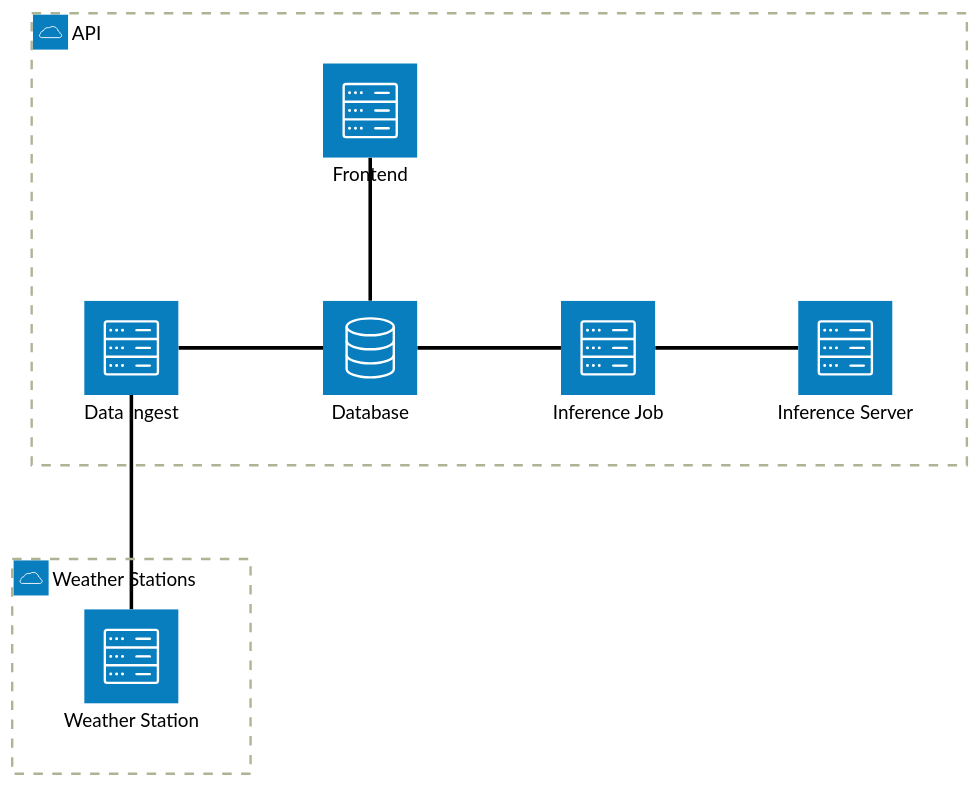
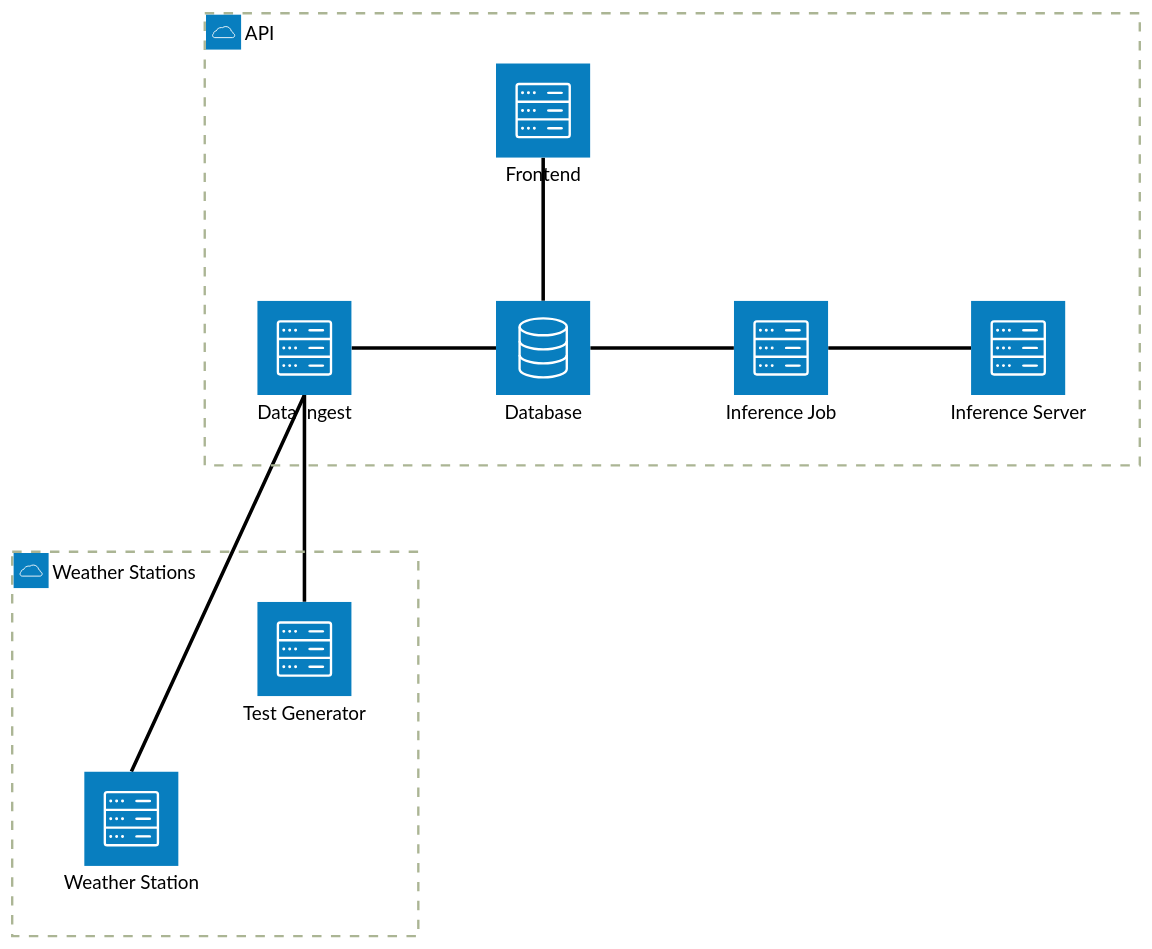
One commit to jotonedev/weather-station changed the diagram in system/README.md. Above: the diagram before and after it, drawn with Mermaid (forest theme). The commit also changed other lines of this file, not shown here.

````diff
--- a/system/README.md
+++ b/system/README.md
@@ -41,19 +42,21 @@
 ```mermaid
 architecture-beta
     group api(cloud)[API]
     group source(cloud)[Weather Stations]
 
     service db(database)[Database] in api
     service inference-server(server)[Inference Server] in api
     service inference-job(server)[Inference Job] in api
     service data-ingest(server)[Data Ingest] in api
     service frontend(server)[Frontend] in api
 
     service weather-station(server)[Weather Station] in source
+    service test-generator(server)[Test Generator] in source
 
     db:R -- L:inference-job
     inference-job:R -- L:inference-server
     db:T -- B:frontend
     db:L -- R:data-ingest
     weather-station:T -- B:data-ingest
+    test-generator:T -- B:data-ingest
 ```
````
